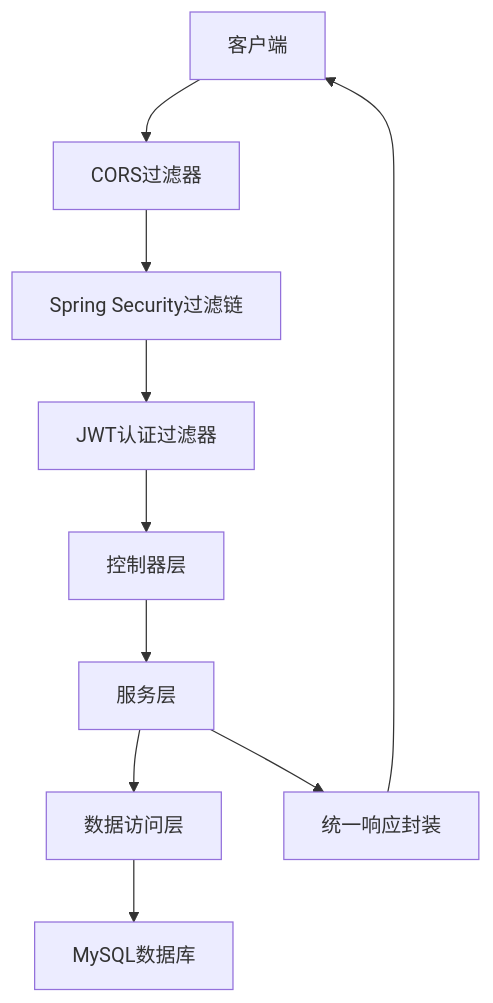
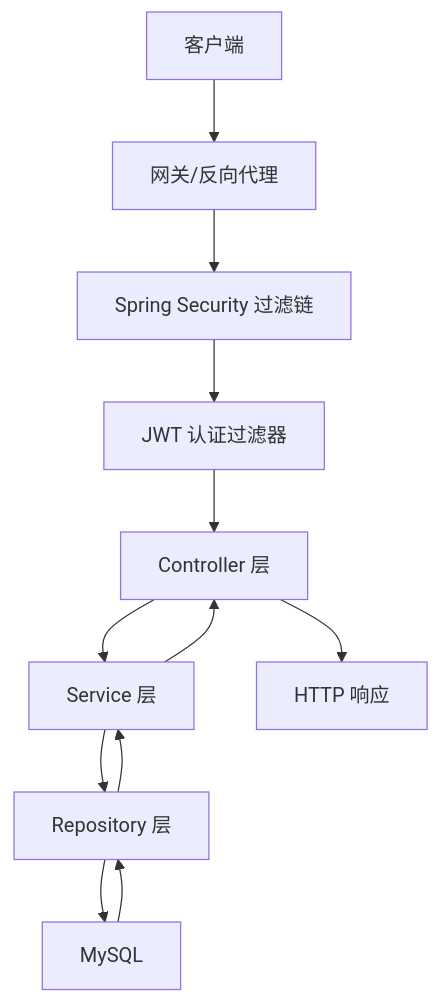
One commit to koala-xiong/communication-qoder changed the second of 6 diagrams in .qoder/repowiki/zh/content/后端架构设计/后端架构设计.md. Above: the diagram before and after it, drawn with Mermaid. The commit also changed other lines of this file and 73 other files, not shown here.

````diff
--- a/.qoder/repowiki/zh/content/后端架构设计/后端架构设计.md
+++ b/.qoder/repowiki/zh/content/后端架构设计/后端架构设计.md
@@ -128,12 +148,14 @@
 ```mermaid
 graph TB
-Client["客户端"] --> CORS["CORS过滤器"]
-CORS --> SEC["Spring Security过滤链"]
-SEC --> JWT["JWT认证过滤器"]
-JWT --> CTRL["控制器层"]
-CTRL --> SVC["服务层"]
-SVC --> REPO["数据访问层"]
-REPO --> DB["MySQL数据库"]
-SVC --> RESP["统一响应封装"]
-RESP --> Client
+Client["客户端"] --> F["网关/反向代理"]
+F --> Sec["Spring Security 过滤链"]
+Sec --> JWT["JWT 认证过滤器"]
+JWT --> Ctl["Controller 层"]
+Ctl --> Svc["Service 层"]
+Svc --> Repo["Repository 层"]
+Repo --> DB["MySQL"]
+DB --> Repo
+Repo --> Svc
+Svc --> Ctl
+Ctl --> Resp["HTTP 响应"]
 ```
````
